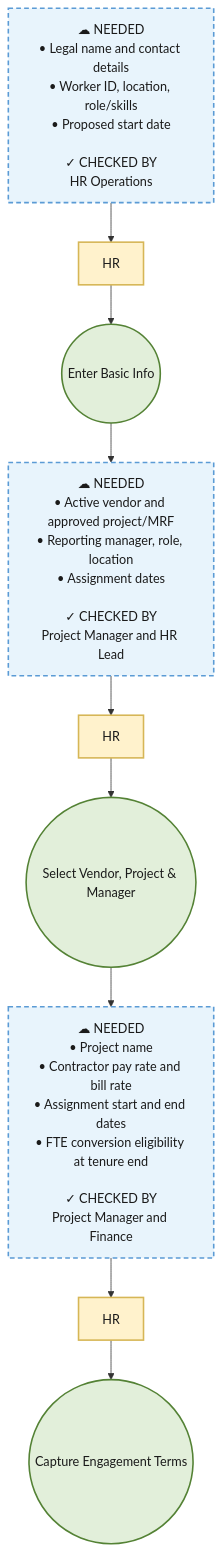
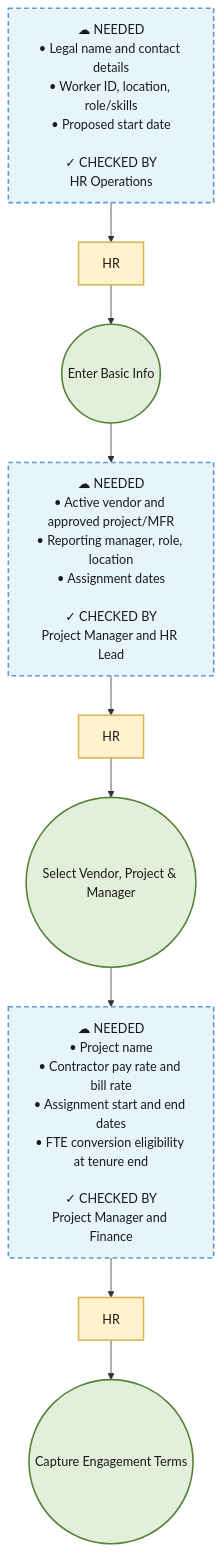
Before and after one commit to Sanjivanhari18/vmp: the ninth of 24 diagrams in VMP workflows inc approvals.md, drawn with Mermaid. The commit also changed other lines of this file and 12 other files, not shown here.

````diff
--- a/VMP workflows inc approvals.md
+++ b/VMP workflows inc approvals.md
@@ -457,31 +457,31 @@
 ```mermaid
 flowchart TD
   classDef cloud fill:#e8f4fc,stroke:#5b9bd5,stroke-width:2px,stroke-dasharray:6 4,color:#1a1a1a
   classDef actor fill:#fff2cc,stroke:#d6b656,stroke-width:2px,color:#1a1a1a
   classDef action fill:#e2efda,stroke:#548235,stroke-width:2px,color:#1a1a1a
 
   c1["☁ NEEDED<br/>• Legal name and contact details<br/>• Worker ID, location, role/skills<br/>• Proposed start date<br/><br/>✓ CHECKED BY<br/>HR Operations"]
   a1["HR"]
   s1(("Enter Basic Info"))
 
-  c2["☁ NEEDED<br/>• Active vendor and approved project/MRF<br/>• Reporting manager, role, location<br/>• Assignment dates<br/><br/>✓ CHECKED BY<br/>Project Manager and HR Lead"]
+  c2["☁ NEEDED<br/>• Active vendor and approved project/MFR<br/>• Reporting manager, role, location<br/>• Assignment dates<br/><br/>✓ CHECKED BY<br/>Project Manager and HR Lead"]
   a2["HR"]
   s2(("Select Vendor, Project & Manager"))
 
   c3["☁ NEEDED<br/>• Project name<br/>• Contractor pay rate and bill rate<br/>• Assignment start and end dates<br/>• FTE conversion eligibility at tenure end<br/><br/>✓ CHECKED BY<br/>Project Manager and Finance"]
   a3["HR"]
   s3(("Capture Engagement Terms"))
 
   c1 --> a1
   a1 --> s1
   s1 --> c2
   c2 --> a2
   a2 --> s2
   s2 --> c3
   c3 --> a3
   a3 --> s3
 
   class c1,c2,c3 cloud
   class a1,a2,a3 actor
   class s1,s2,s3 action
 ```
````
